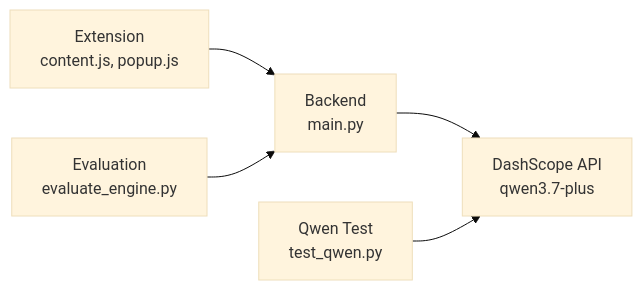
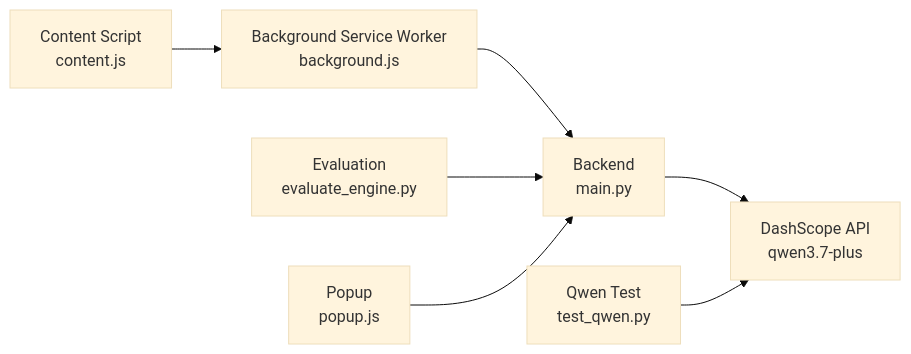
One commit to Aymanaahh/scrollguard-ai changed the seventh of 7 diagrams in .qoder/repowiki/en/content/System Architecture.md. Above: the diagram before and after it, drawn with Mermaid (base theme). The commit also changed other lines of this file and 38 other files, not shown here.

Commit message:
Added hybrid backend with heuristics + evaluation script

````diff
--- a/.qoder/repowiki/en/content/System Architecture.md
+++ b/.qoder/repowiki/en/content/System Architecture.md
@@ -221,7 +298,9 @@
 ```mermaid
 graph LR
-Ext["Extension<br/>content.js, popup.js"] --> BE["Backend<br/>main.py"]
+CS["Content Script<br/>content.js"] --> SW["Background Service Worker<br/>background.js"]
+SW --> BE["Backend<br/>main.py"]
 BE --> DS["DashScope API<br/>qwen3.7-plus"]
 Eval["Evaluation<br/>evaluate_engine.py"] --> BE
 Test["Qwen Test<br/>test_qwen.py"] --> DS
+Popup["Popup<br/>popup.js"] --> BE
 ```
````
